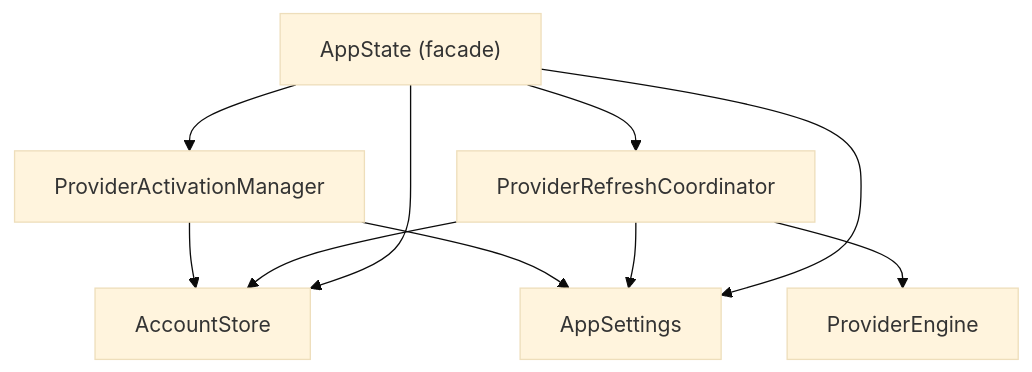
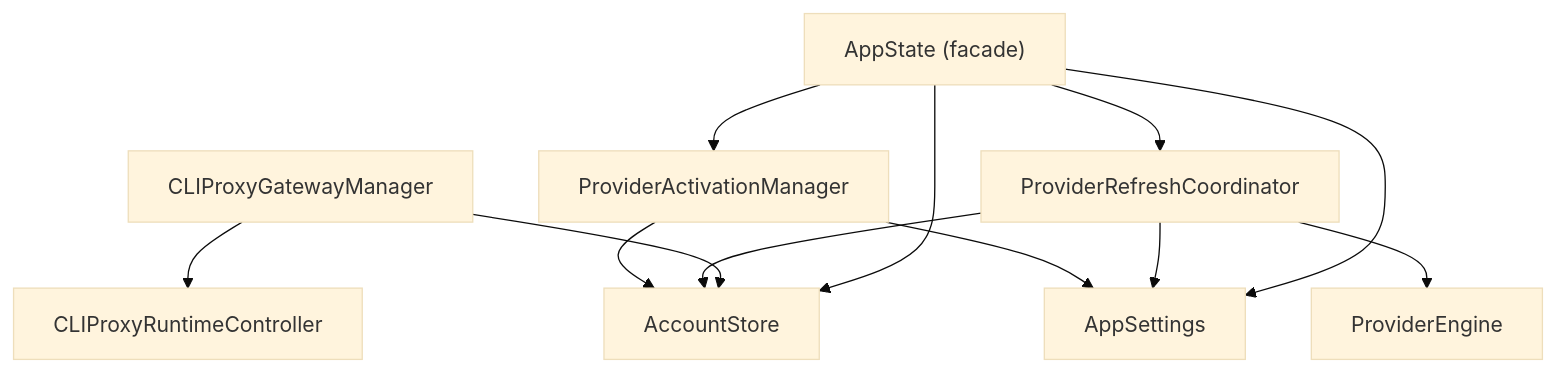
Before and after one commit to y1024/AIUsage: the first of 2 diagrams in docs/ARCHITECTURE.md, drawn with Mermaid (base theme). The commit also changed other lines of this file and 17 other files, not shown here.

````diff
--- a/docs/ARCHITECTURE.md
+++ b/docs/ARCHITECTURE.md
@@ -109,13 +121,15 @@
 ```mermaid
 graph TD
     AppState["AppState (facade)"] --> AppSettings
     AppState --> AccountStore
     AppState --> RefreshCoordinator["ProviderRefreshCoordinator"]
     AppState --> ActivationManager["ProviderActivationManager"]
+    GatewayManager["CLIProxyGatewayManager"] --> GatewayRuntime["CLIProxyRuntimeController"]
+    GatewayManager --> AccountStore
 
     RefreshCoordinator --> AccountStore
     RefreshCoordinator --> AppSettings
     RefreshCoordinator --> Engine["ProviderEngine"]
     ActivationManager --> AccountStore
     ActivationManager --> AppSettings
 ```
````
